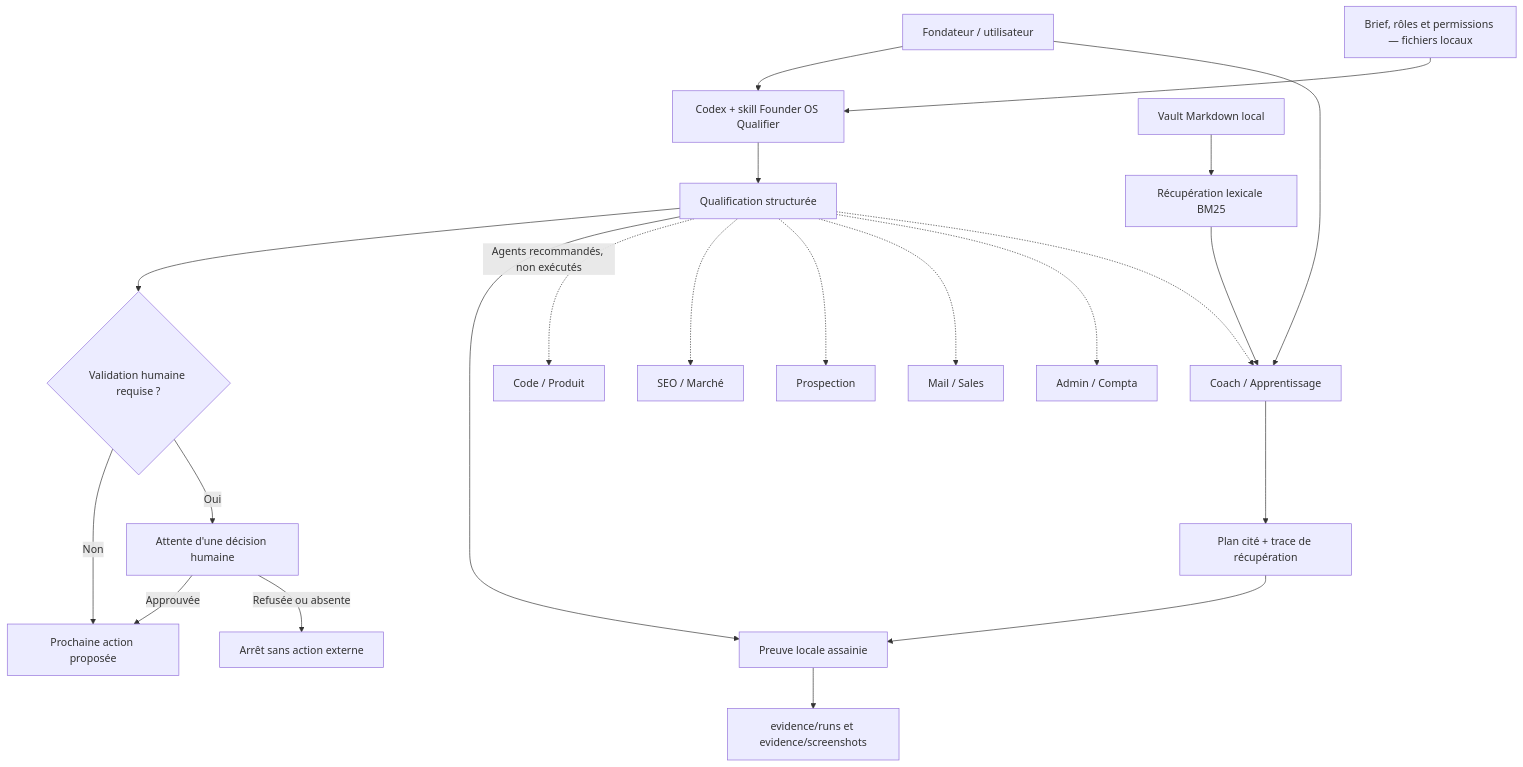
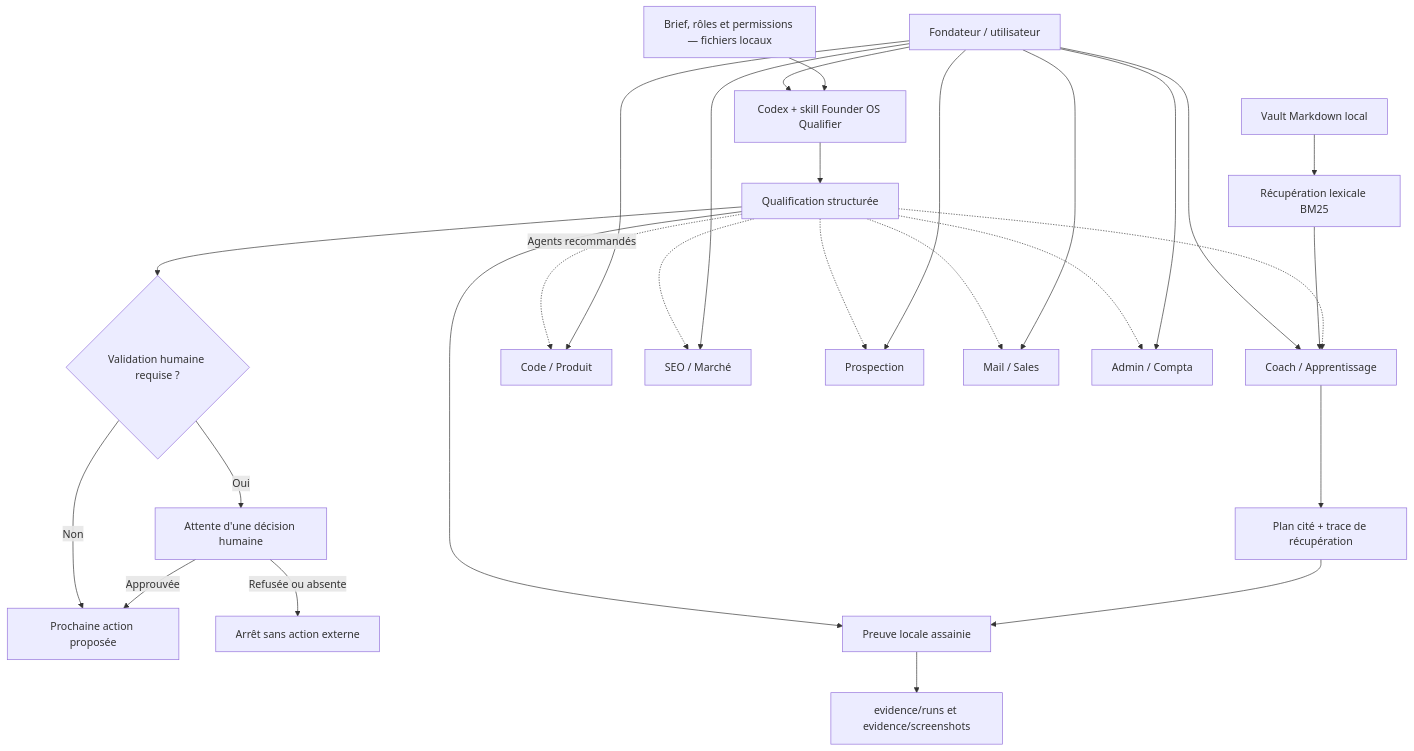
The diagram in ModulesAgentBuilder/founder-os-agent-builder/docs/architecture.md (crousty24-bit/THP), drawn with Mermaid before and after one commit. The commit also changed other lines of this file and 36 other files, not shown here.

````diff
--- a/ModulesAgentBuilder/founder-os-agent-builder/docs/architecture.md
+++ b/ModulesAgentBuilder/founder-os-agent-builder/docs/architecture.md
@@ -5,25 +5,30 @@
 ```mermaid
 flowchart TD
     U["Fondateur / utilisateur"] --> C["Codex + skill Founder OS Qualifier"]
     B["Brief, rôles et permissions — fichiers locaux"] --> C
     C --> Q["Qualification structurée"]
     Q --> G{"Validation humaine requise ?"}
     G -- "Non" --> N["Prochaine action proposée"]
     G -- "Oui" --> H["Attente d'une décision humaine"]
     H -- "Approuvée" --> N
     H -- "Refusée ou absente" --> X["Arrêt sans action externe"]
     Q --> E["Preuve locale assainie"]
     E --> R["evidence/runs et evidence/screenshots"]
     U --> L["Coach / Apprentissage"]
     V["Vault Markdown local"] --> RAG["Récupération lexicale BM25"]
     RAG --> L
     L --> LE["Plan cité + trace de récupération"]
     LE --> E
 
-    Q -. "Agents recommandés, non exécutés" .-> CP["Code / Produit"]
+    Q -. "Agents recommandés" .-> CP["Code / Produit"]
     Q -.-> SEO["SEO / Marché"]
     Q -.-> P["Prospection"]
     Q -.-> S["Mail / Sales"]
     Q -.-> A["Admin / Compta"]
     Q -.-> L
+    U --> CP
+    U --> SEO
+    U --> P
+    U --> S
+    U --> A
 ```
````
